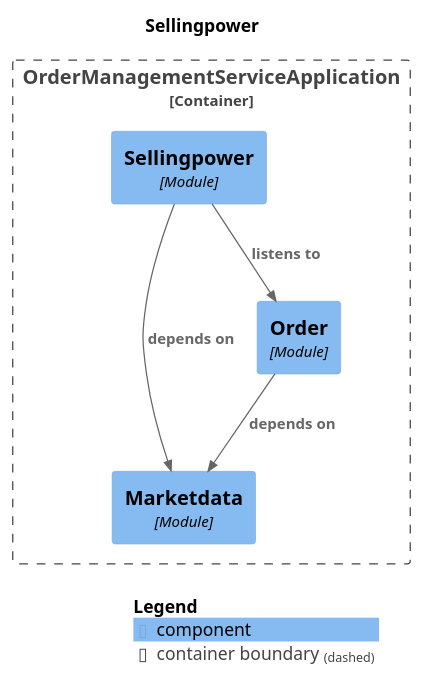
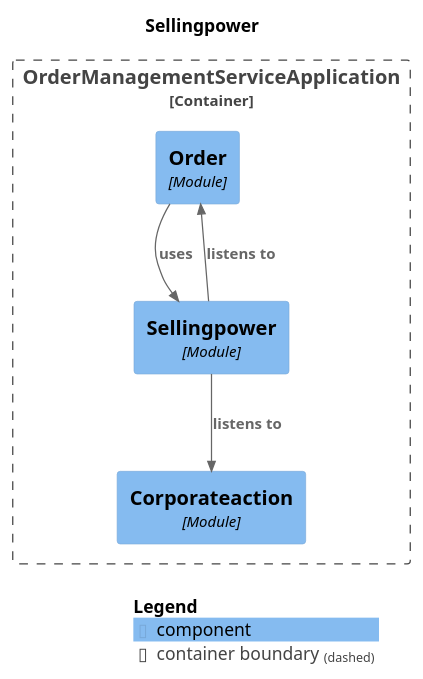
One commit to NosearY/order-management-service-reference-implementation changed the diagram in spring-modulith-docs/module-sellingpower.puml. Above: the diagram before and after it, drawn with PlantUML. The commit also changed 46 other files, not shown here.

```diff
--- a/spring-modulith-docs/module-sellingpower.puml
+++ b/spring-modulith-docs/module-sellingpower.puml
@@ -1,22 +1,22 @@
 @startuml
 set separator none
 title Sellingpower
 
 top to bottom direction
 
 !include <C4/C4>
 !include <C4/C4_Context>
 !include <C4/C4_Component>
 
 Container_Boundary("OrderManagementServiceApplication.OrderManagementServiceApplication_boundary", "OrderManagementServiceApplication", $tags="") {
+  Component(OrderManagementServiceApplication.OrderManagementServiceApplication.Order, "Order", $techn="Module", $descr="", $tags="", $link="")
+  Component(OrderManagementServiceApplication.OrderManagementServiceApplication.Corporateaction, "Corporateaction", $techn="Module", $descr="", $tags="", $link="")
   Component(OrderManagementServiceApplication.OrderManagementServiceApplication.Sellingpower, "Sellingpower", $techn="Module", $descr="", $tags="", $link="")
-  Component(OrderManagementServiceApplication.OrderManagementServiceApplication.Marketdata, "Marketdata", $techn="Module", $descr="", $tags="", $link="")
-  Component(OrderManagementServiceApplication.OrderManagementServiceApplication.Order, "Order", $techn="Module", $descr="", $tags="", $link="")
 }
 
-Rel(OrderManagementServiceApplication.OrderManagementServiceApplication.Order, OrderManagementServiceApplication.OrderManagementServiceApplication.Marketdata, "depends on", $techn="", $tags="", $link="")
+Rel(OrderManagementServiceApplication.OrderManagementServiceApplication.Sellingpower, OrderManagementServiceApplication.OrderManagementServiceApplication.Corporateaction, "listens to", $techn="", $tags="", $link="")
 Rel(OrderManagementServiceApplication.OrderManagementServiceApplication.Sellingpower, OrderManagementServiceApplication.OrderManagementServiceApplication.Order, "listens to", $techn="", $tags="", $link="")
-Rel(OrderManagementServiceApplication.OrderManagementServiceApplication.Sellingpower, OrderManagementServiceApplication.OrderManagementServiceApplication.Marketdata, "depends on", $techn="", $tags="", $link="")
+Rel(OrderManagementServiceApplication.OrderManagementServiceApplication.Order, OrderManagementServiceApplication.OrderManagementServiceApplication.Sellingpower, "uses", $techn="", $tags="", $link="")
 
 SHOW_LEGEND(true)
 @enduml
```
